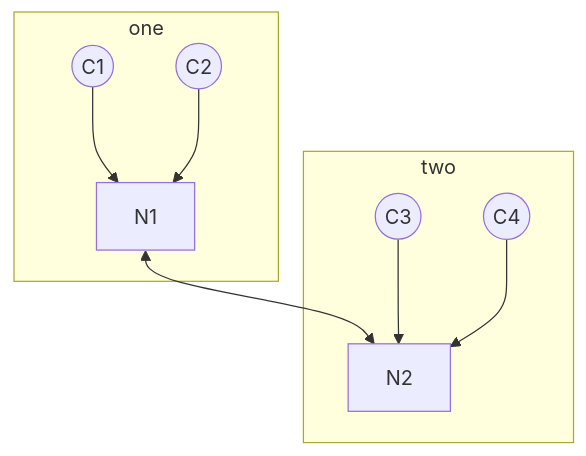
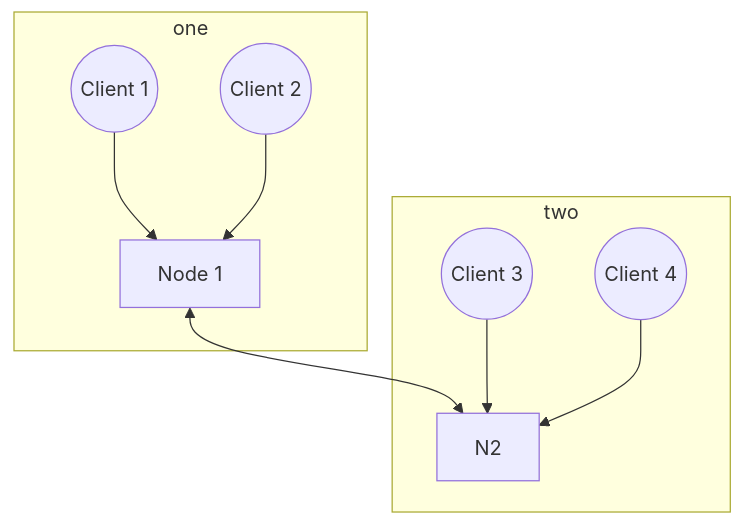
The diagram in README.md (niklas-enns/message-broker), drawn with Mermaid before and after one commit.

````diff
--- a/README.md
+++ b/README.md
@@ -11,12 +11,12 @@
 ```mermaid
 graph TB;
-    N1<-->N2
+    N1[Node 1]<-->N2
     subgraph one
-    C1((C1))-->N1;
-    C2((C2))-->N1;
+    C1((Client 1))-->N1;
+    C2((Client 2))-->N1;
     end
     subgraph two
-    C3((C3))-->N2;
-    C4((C4))-->N2;
+    C3((Client 3))-->N2;
+    C4((Client 4))-->N2;
     end
 ```
````
